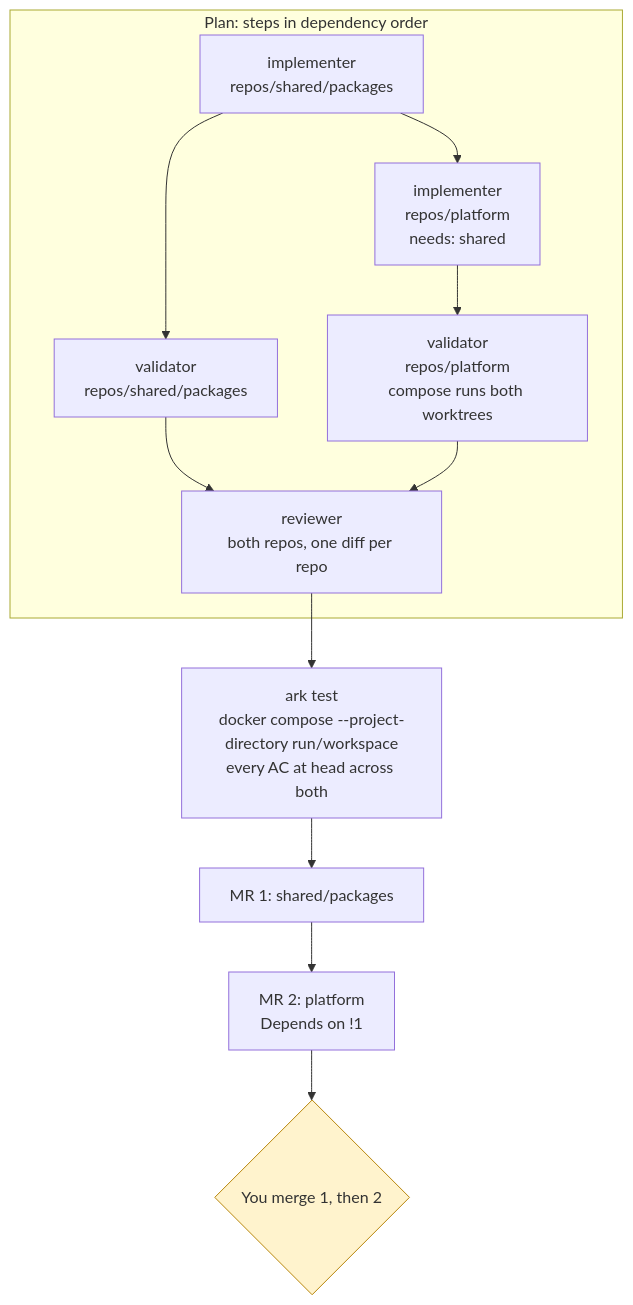
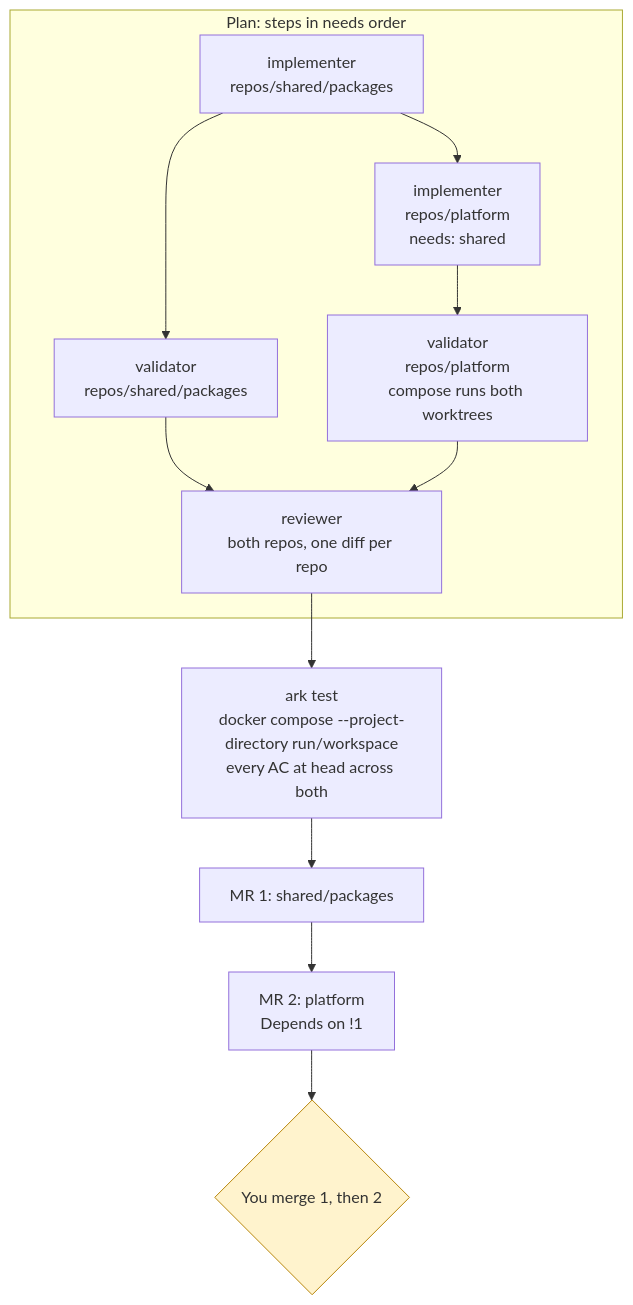
The second of 3 diagrams in docs/explanation/scenarios.md (cobekarhoff/ark), drawn with Mermaid before and after one commit. The commit also changed other lines of this file and 8 other files, not shown here.

Commit message:
ARK-336: document repo edges, bump steps and merge order in run-lead, CLI reference and CONTEXT

````diff
--- a/docs/explanation/scenarios.md
+++ b/docs/explanation/scenarios.md
@@ -64,15 +64,15 @@
 ```mermaid
 flowchart TB
-  subgraph plan[Plan: steps in dependency order]
+  subgraph plan[Plan: steps in needs order]
     s1[implementer<br/>repos/shared/packages] --> s2[validator<br/>repos/shared/packages]
     s1 --> s3[implementer<br/>repos/platform<br/>needs: shared]
     s3 --> s4[validator<br/>repos/platform<br/>compose runs both worktrees]
     s2 & s4 --> s5[reviewer<br/>both repos, one diff per repo]
   end
   s5 --> t[ark test<br/>docker compose --project-directory run/workspace<br/>every AC at head across both]
   t --> mr1[MR 1: shared/packages]
   mr1 --> mr2[MR 2: platform<br/>Depends on !1]
   mr2 --> you{You merge 1, then 2}
   classDef g fill:#fff3cd,stroke:#b8860b
   class you g
 ```
````
